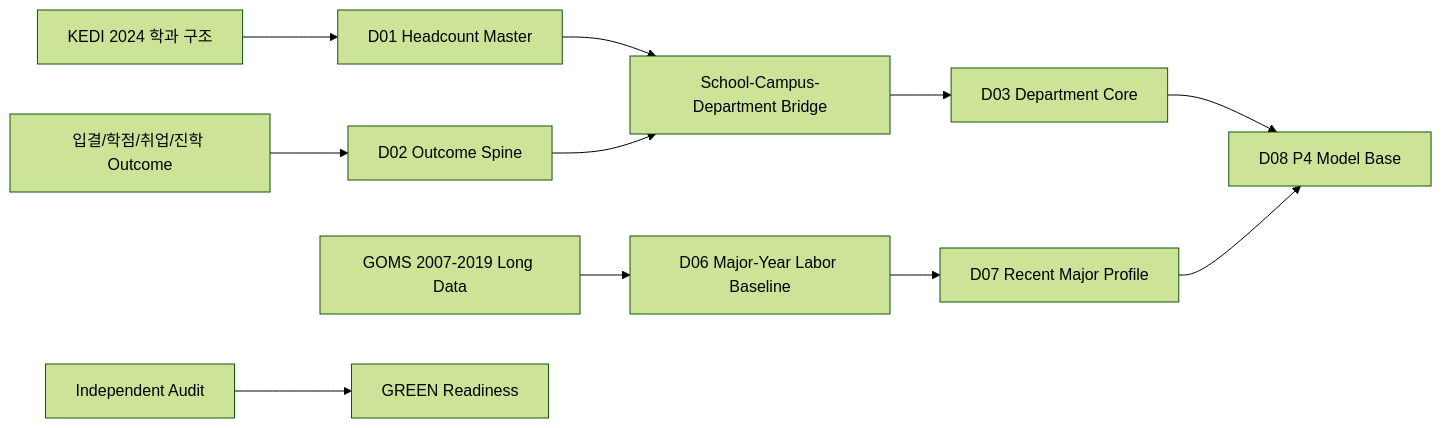
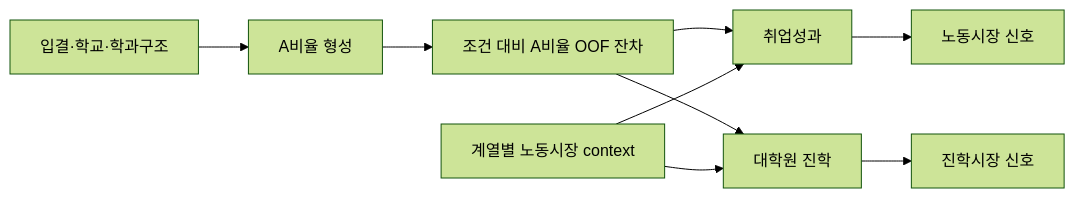
One commit to Siegfriex/SBS_DSJA_5th_EDGE changed the diagram in README.md. Above: the diagram before and after it, drawn with Mermaid (forest theme). The commit also changed other lines of this file, not shown here.

````diff
--- a/README.md
+++ b/README.md
@@ -58,13 +75,11 @@
 ```mermaid
 flowchart LR
-    A[KEDI 2024 학과 구조] --> D01[D01 Headcount Master]
-    B[입결/학점/취업/진학 Outcome] --> D02[D02 Outcome Spine]
-    D01 --> M1[School-Campus-Department Bridge]
-    D02 --> M1
-    M1 --> D03[D03 Department Core]
-    C[GOMS 2007-2019 Long Data] --> D06[D06 Major-Year Labor Baseline]
-    D06 --> D07[D07 Recent Major Profile]
-    D03 --> D08[D08 P4 Model Base]
-    D07 --> D08
-    E[Independent Audit] --> GREEN[GREEN Readiness]
+    X[입결·학교·학과구조] --> A[A비율 형성]
+    A --> R[조건 대비 A비율 OOF 잔차]
+    R --> E[취업성과]
+    R --> P[대학원 진학]
+    C[계열별 노동시장 context] --> E
+    C --> P
+    E --> J[노동시장 신호]
+    P --> G[진학시장 신호]
 ```
````
